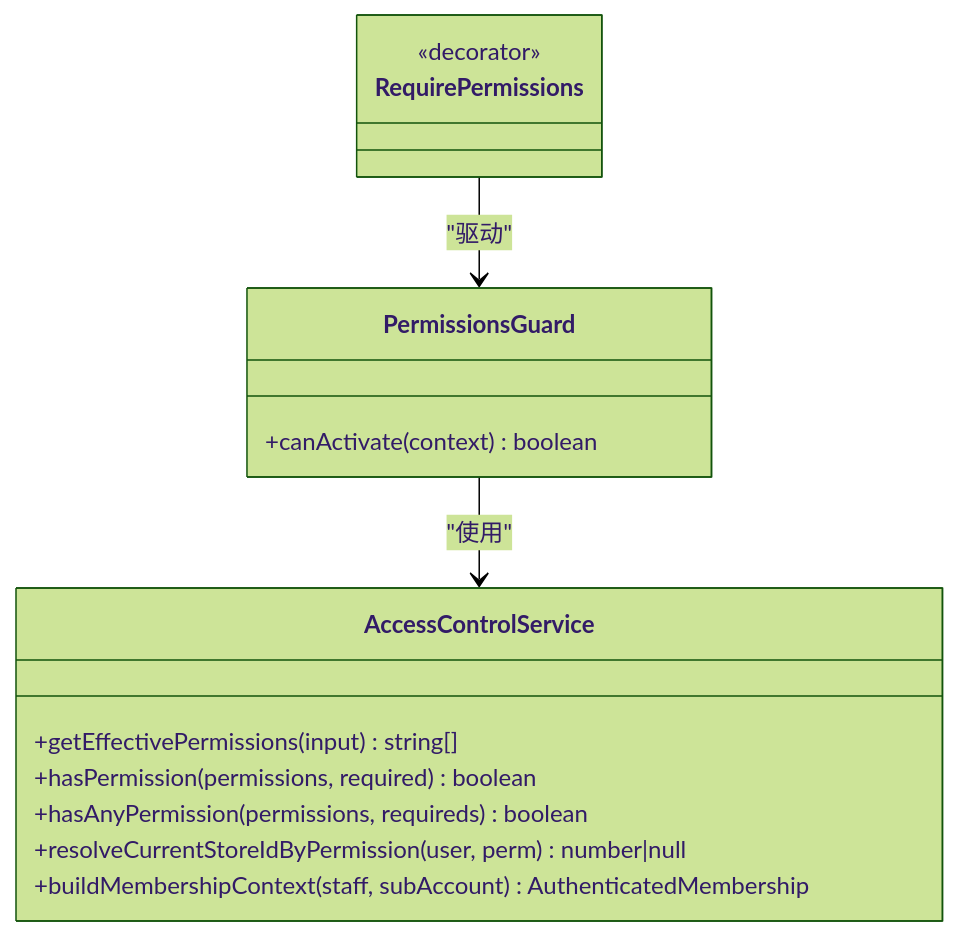
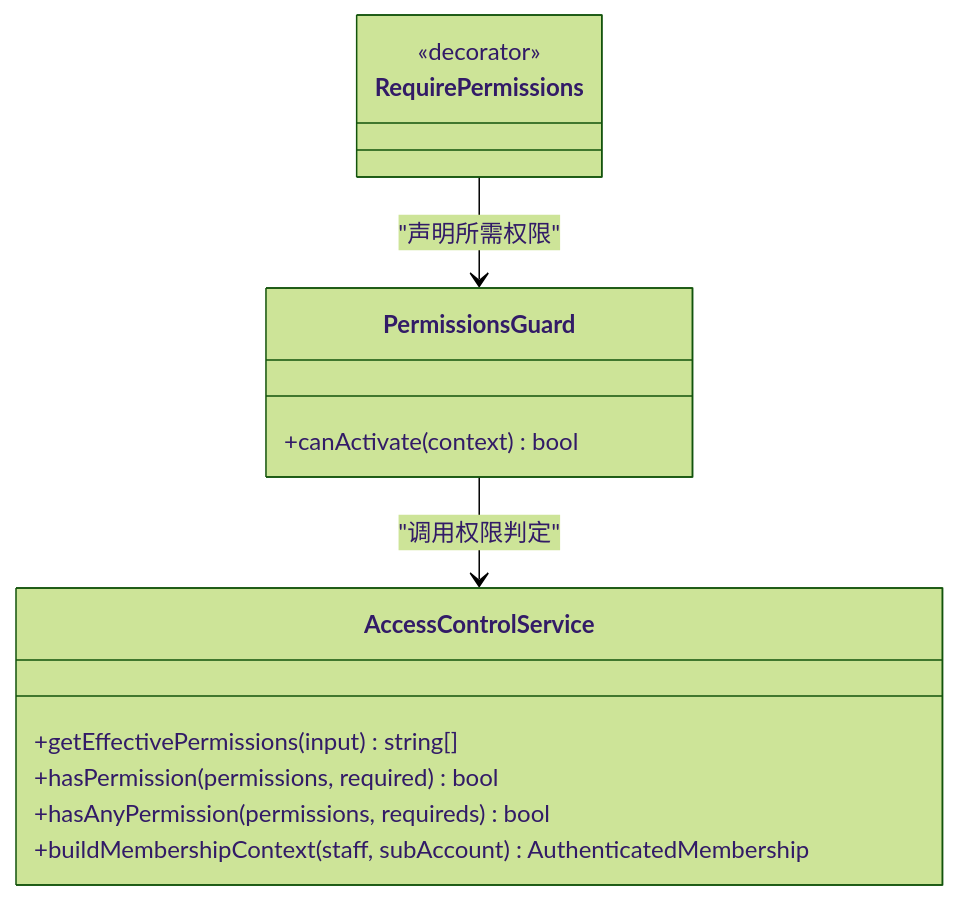
The fourth of 7 diagrams in .qoder/repowiki/zh/content/架构设计/安全架构.md (rc558620/purelyprofit-server), drawn with Mermaid (forest theme) before and after one commit. The commit also changed other lines of this file and 55 other files, not shown here.

````diff
--- a/.qoder/repowiki/zh/content/架构设计/安全架构.md
+++ b/.qoder/repowiki/zh/content/架构设计/安全架构.md
@@ -277,18 +205,17 @@
 ```mermaid
 classDiagram
 class AccessControlService {
 +getEffectivePermissions(input) string[]
-+hasPermission(permissions, required) boolean
-+hasAnyPermission(permissions, requireds) boolean
-+resolveCurrentStoreIdByPermission(user, perm) number|null
++hasPermission(permissions, required) bool
++hasAnyPermission(permissions, requireds) bool
 +buildMembershipContext(staff, subAccount) AuthenticatedMembership
 }
 class PermissionsGuard {
-+canActivate(context) boolean
++canActivate(context) bool
 }
 class RequirePermissions {
 <<decorator>>
 }
-PermissionsGuard --> AccessControlService : "使用"
-RequirePermissions --> PermissionsGuard : "驱动"
+PermissionsGuard --> AccessControlService : "调用权限判定"
+RequirePermissions --> PermissionsGuard : "声明所需权限"
 ```
````
